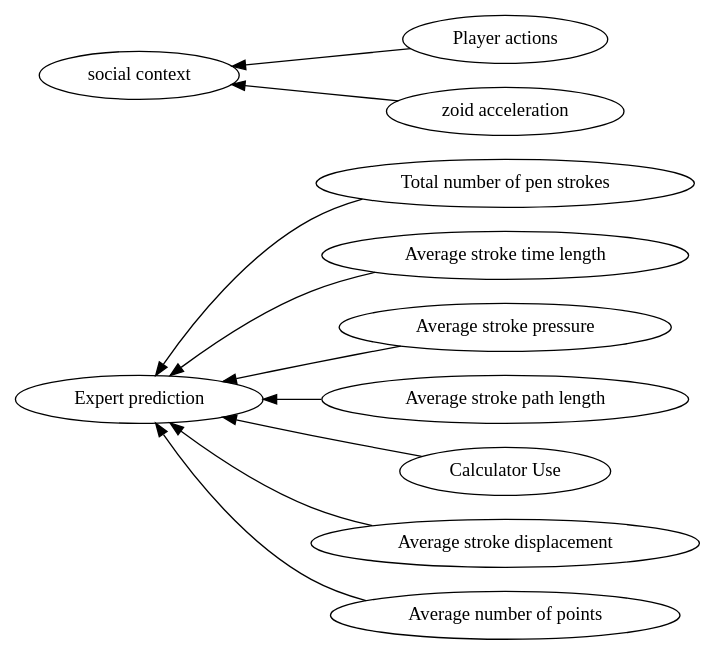
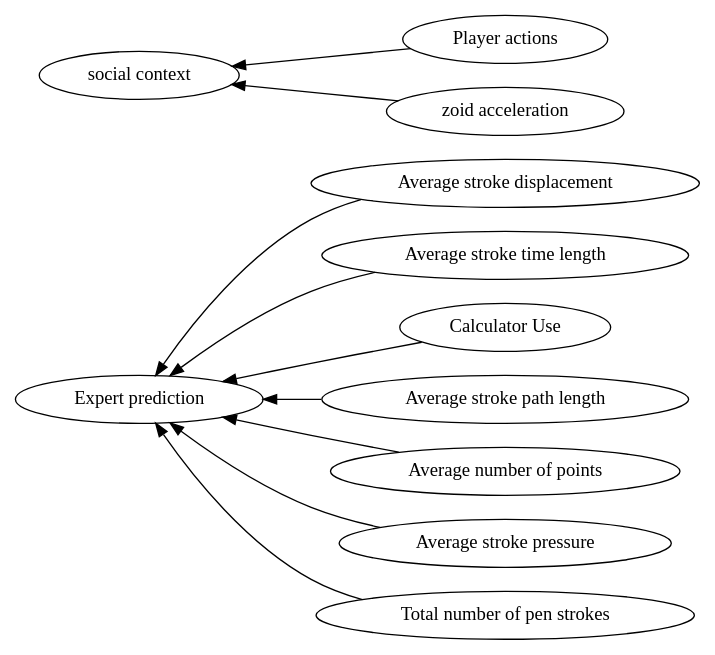
One commit to hgse-schneider/mmca changed the diagram in graphviz/Log Data -> group composition.gv. Above: the diagram before and after it, drawn with Graphviz. The commit also changed 154 other files, not shown here.

```diff
--- a/graphviz/Log Data -> group composition.gv
+++ b/graphviz/Log Data -> group composition.gv
@@ -1,26 +1,26 @@
 digraph Test {
 	rankdir=RL
 	size="15,15"
 	overlap=false
 	splines=true
-	{rank=same; "Total number of pen strokes" "Player actions" "Average stroke time length" "zoid acceleration" "Average stroke pressure" "Average stroke path length" "Calculator Use" "Average stroke displacement" "Average number of points";}
-	{rank=same; "social context" "Expert prediction";}
+	{rank=same; "Average stroke displacement" "Average stroke time length" "Player actions" "zoid acceleration" "Calculator Use" "Average stroke path length" "Average number of points" "Average stroke pressure" "Total number of pen strokes";}
+	{rank=same; "Expert prediction" "social context";}
 	"Calculator Use" [href="https://scholar.google.com/scholar?hl=en&q=Expertise%20estimation%20based%20on%20simple%20multimodal%20features"]
 	"Calculator Use" -> "Expert prediction"
 	"Total number of pen strokes" [href="https://scholar.google.com/scholar?hl=en&q=Expertise%20estimation%20based%20on%20simple%20multimodal%20features"]
 	"Total number of pen strokes" -> "Expert prediction"
 	"Average number of points" [href="https://scholar.google.com/scholar?hl=en&q=Expertise%20estimation%20based%20on%20simple%20multimodal%20features"]
 	"Average number of points" -> "Expert prediction"
 	"Average stroke time length" [href="https://scholar.google.com/scholar?hl=en&q=Expertise%20estimation%20based%20on%20simple%20multimodal%20features"]
 	"Average stroke time length" -> "Expert prediction"
 	"Average stroke path length" [href="https://scholar.google.com/scholar?hl=en&q=Expertise%20estimation%20based%20on%20simple%20multimodal%20features"]
 	"Average stroke path length" -> "Expert prediction"
 	"Average stroke displacement" [href="https://scholar.google.com/scholar?hl=en&q=Expertise%20estimation%20based%20on%20simple%20multimodal%20features"]
 	"Average stroke displacement" -> "Expert prediction"
 	"Average stroke pressure" [href="https://scholar.google.com/scholar?hl=en&q=Expertise%20estimation%20based%20on%20simple%20multimodal%20features"]
 	"Average stroke pressure" -> "Expert prediction"
 	"Player actions" [href="https://scholar.google.com/scholar?hl=en&q=Gaze%20quality%20assisted%20automatic%20recognition%20of%20social%20contexts%20in%20collaborative%20Tetris"]
 	"Player actions" -> "social context"
 	"zoid acceleration" [href="https://scholar.google.com/scholar?hl=en&q=Gaze%20quality%20assisted%20automatic%20recognition%20of%20social%20contexts%20in%20collaborative%20Tetris"]
 	"zoid acceleration" -> "social context"
 }
```
